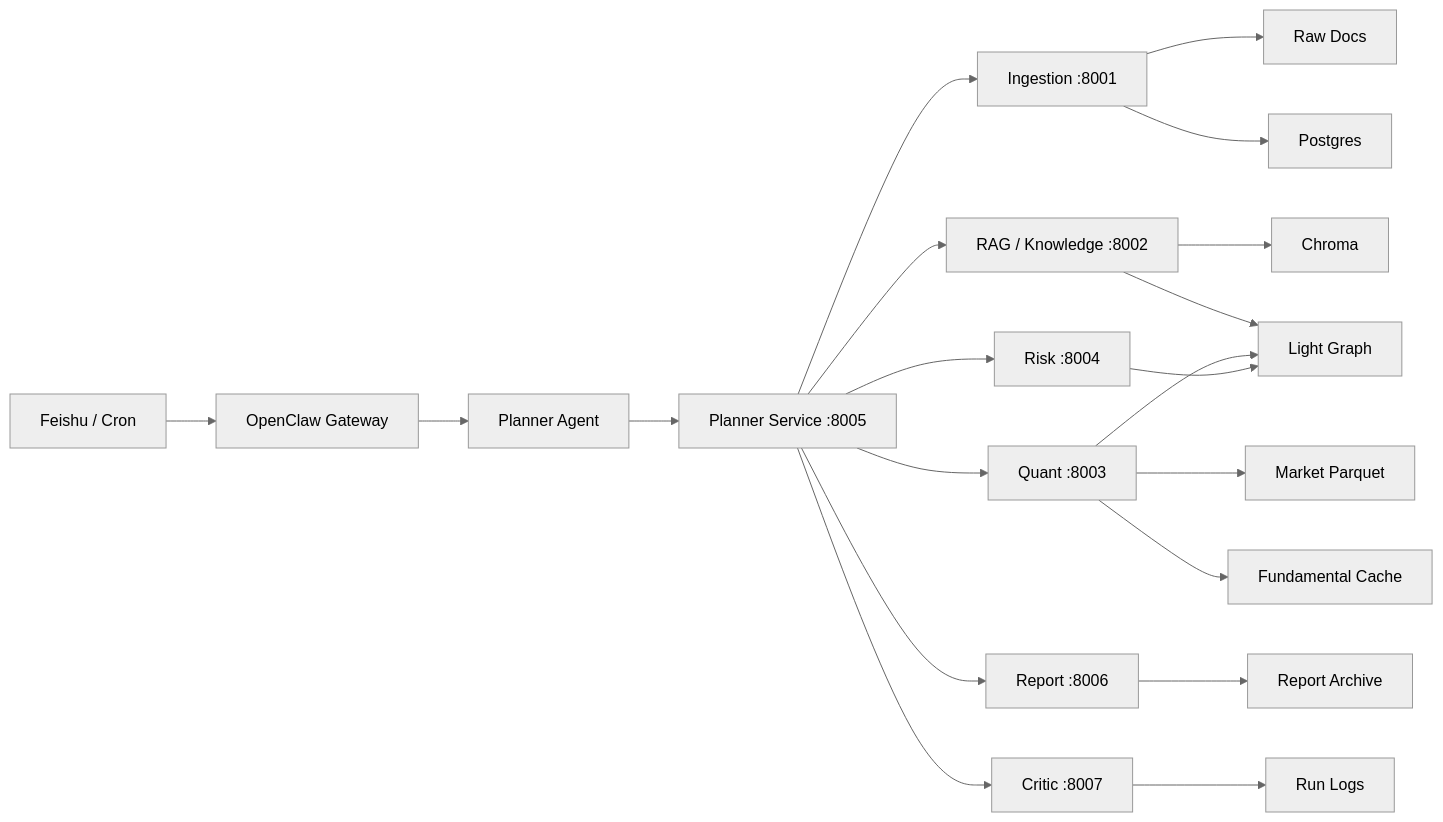
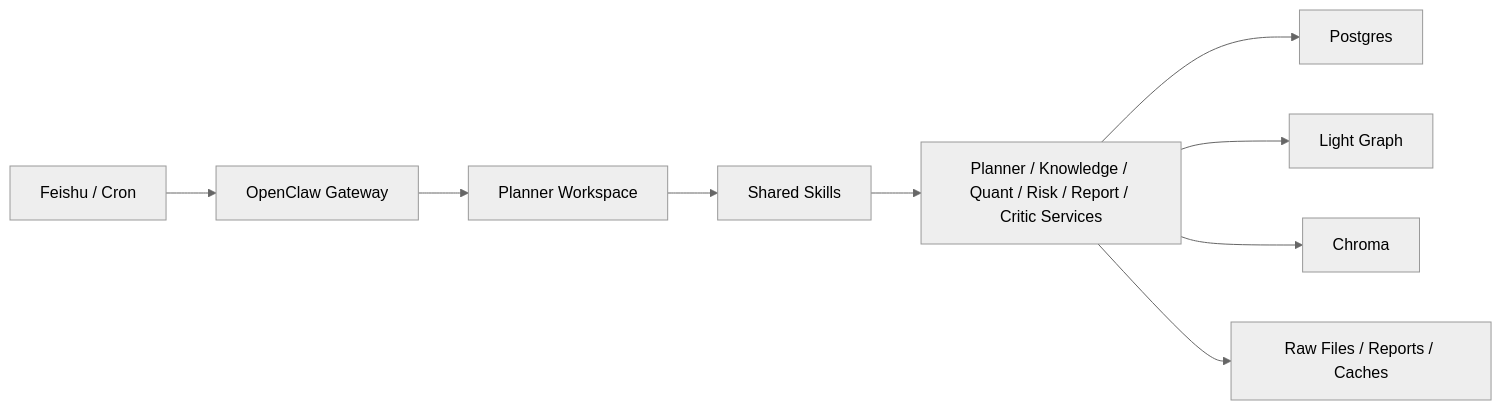
Before and after one commit to yuchangyuan1/openclaw-quant-agent: the diagram in docs/project-system-overview.md, drawn with Mermaid (neutral theme). The commit also changed other lines of this file and 49 other files, not shown here.

````diff
--- a/docs/project-system-overview.md
+++ b/docs/project-system-overview.md
@@ -47,23 +40,11 @@
 ```mermaid
 flowchart LR
     A["Feishu / Cron"] --> B["OpenClaw Gateway"]
-    B --> C["Planner Agent"]
-    C --> D["Planner Service :8005"]
-    D --> E["Ingestion :8001"]
-    D --> F["RAG / Knowledge :8002"]
-    D --> G["Quant :8003"]
-    D --> H["Risk :8004"]
-    D --> I["Report :8006"]
-    D --> J["Critic :8007"]
-
-    E --> K["Raw Docs"]
-    E --> L["Postgres"]
-    F --> M["Chroma"]
-    F --> N["Light Graph"]
-    G --> O["Market Parquet"]
-    G --> P["Fundamental Cache"]
-    G --> N
-    H --> N
-    I --> Q["Report Archive"]
-    J --> R["Run Logs"]
+    B --> C["Planner Workspace"]
+    C --> D["Shared Skills"]
+    D --> E["Planner / Knowledge / Quant / Risk / Report / Critic Services"]
+    E --> F["Postgres"]
+    E --> G["Light Graph"]
+    E --> H["Chroma"]
+    E --> I["Raw Files / Reports / Caches"]
 ```
````
